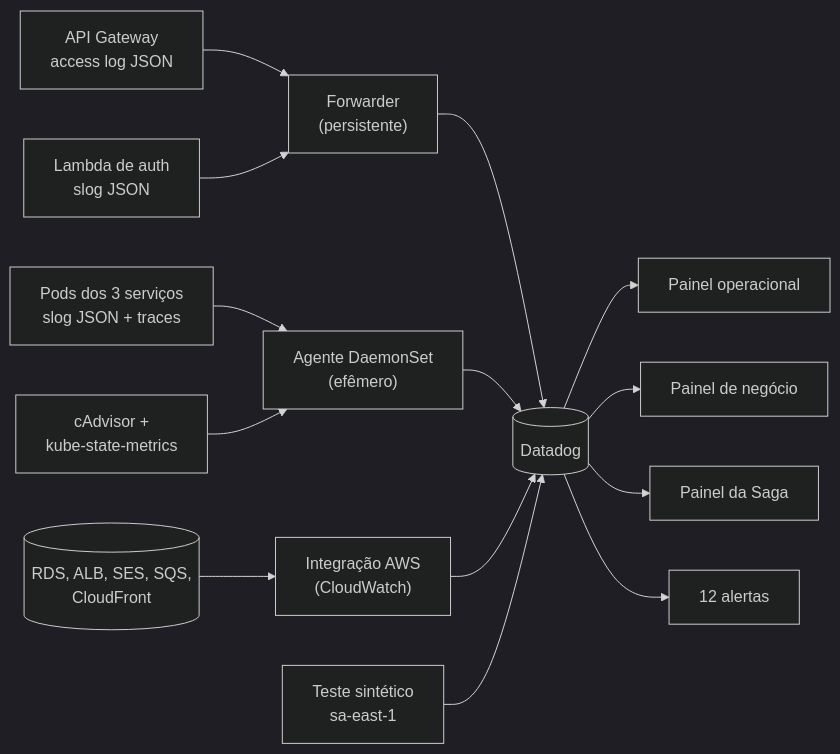
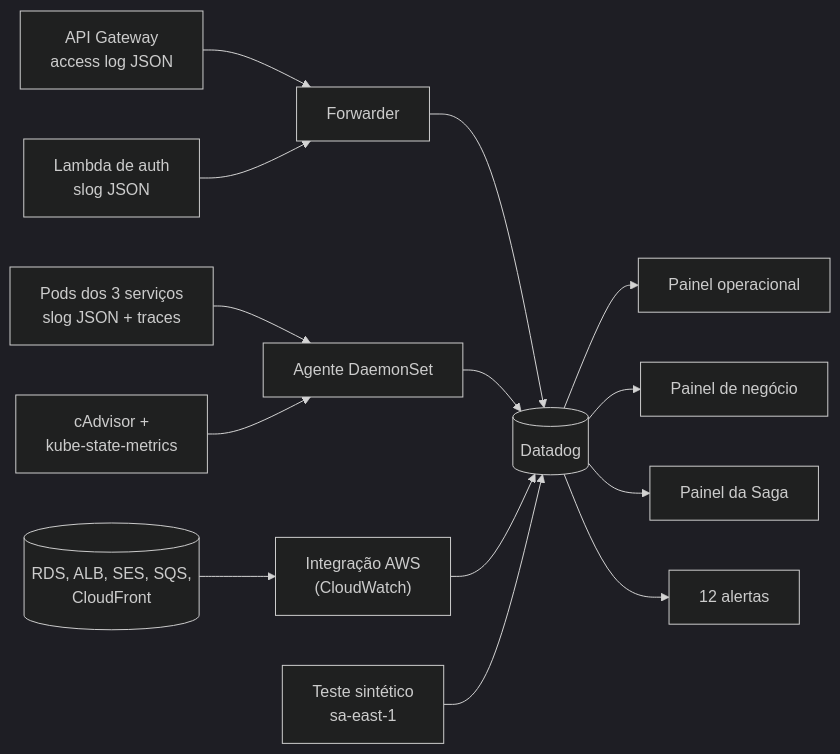
One commit to SOAT-15-Oficina/oficina-mecanica-infrastructure changed the third of 3 diagrams in README.md. Above: the diagram before and after it, drawn with Mermaid (dark theme). The commit also changed other lines of this file and 2 other files, not shown here.

````diff
--- a/README.md
+++ b/README.md
@@ -346,16 +322,16 @@
 ```mermaid
 flowchart LR
     GW["API Gateway<br/>access log JSON"] --> FWD
     LMB["Lambda de auth<br/>slog JSON"] --> FWD
-    FWD["Forwarder<br/>(persistente)"] --> DD
+    FWD["Forwarder"] --> DD
     APP["Pods dos 3 serviços<br/>slog JSON + traces"] --> AG
     K8S["cAdvisor +<br/>kube-state-metrics"] --> AG
-    AG["Agente DaemonSet<br/>(efêmero)"] --> DD
+    AG["Agente DaemonSet"] --> DD
     RDS[("RDS, ALB, SES, SQS,<br/>CloudFront")] --> INT
     INT["Integração AWS<br/>(CloudWatch)"] --> DD
     SYN["Teste sintético<br/>sa-east-1"] --> DD
     DD[("Datadog")] --> D1["Painel operacional"]
     DD --> D2["Painel de negócio"]
     DD --> D3["Painel da Saga"]
     DD --> AL["12 alertas"]
 ```
````
